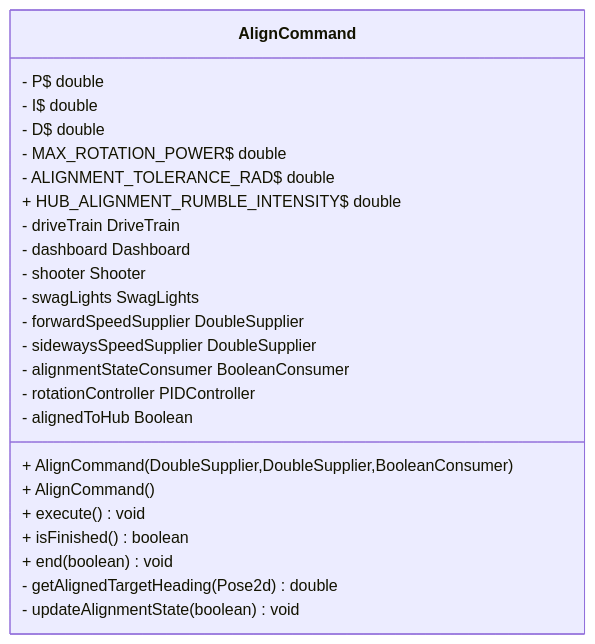
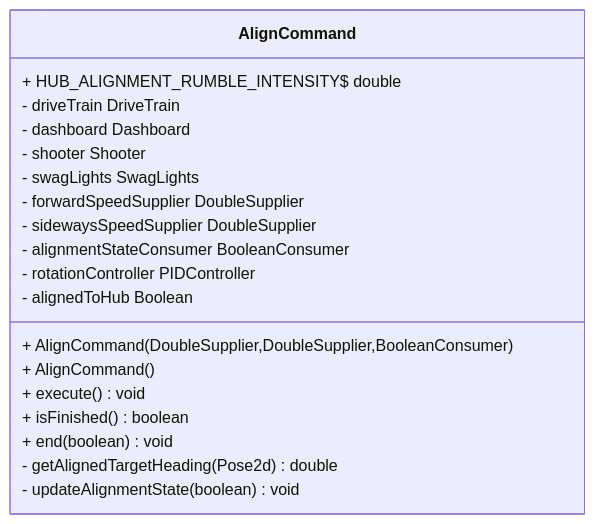
One commit to LakotaRobotics1038/2026RobotProject changed the diagram in src/uml/frc/robot/commands/AlignCommand.mmd. Above: the diagram before and after it, drawn with Mermaid. The commit also changed 4 other files, not shown here.

Commit message:
Update uml

```diff
--- a/src/uml/frc/robot/commands/AlignCommand.mmd
+++ b/src/uml/frc/robot/commands/AlignCommand.mmd
@@ -1,27 +1,22 @@
 classDiagram
   direction LR
 
   class AlignCommand {
-    - P$ double
-    - I$ double
-    - D$ double
-    - MAX_ROTATION_POWER$ double
-    - ALIGNMENT_TOLERANCE_RAD$ double
     + HUB_ALIGNMENT_RUMBLE_INTENSITY$ double
     - driveTrain DriveTrain
     - dashboard Dashboard
     - shooter Shooter
     - swagLights SwagLights
     - forwardSpeedSupplier DoubleSupplier
     - sidewaysSpeedSupplier DoubleSupplier
     - alignmentStateConsumer BooleanConsumer
     - rotationController PIDController
     - alignedToHub Boolean
     + AlignCommand(DoubleSupplier,DoubleSupplier,BooleanConsumer)
     + AlignCommand()
     + execute() void
     + isFinished() boolean
     + end(boolean) void
     - getAlignedTargetHeading(Pose2d) double
     - updateAlignmentState(boolean) void
   }
```
